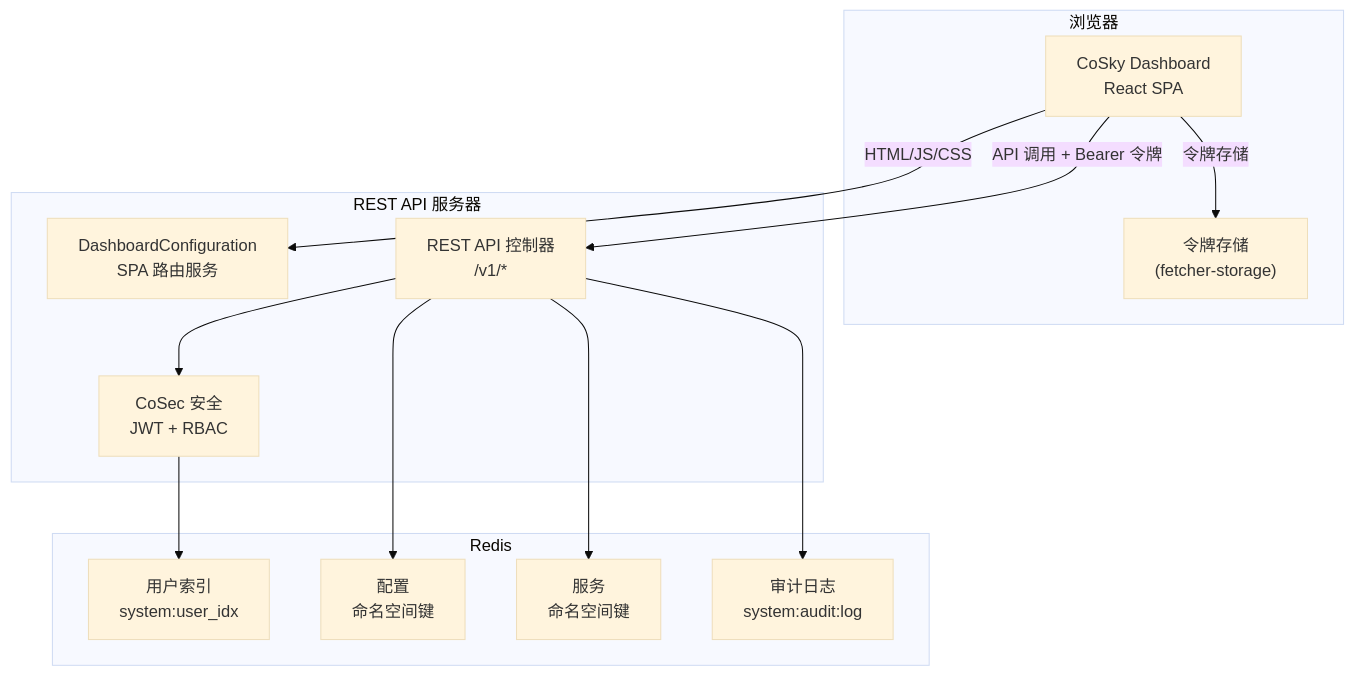
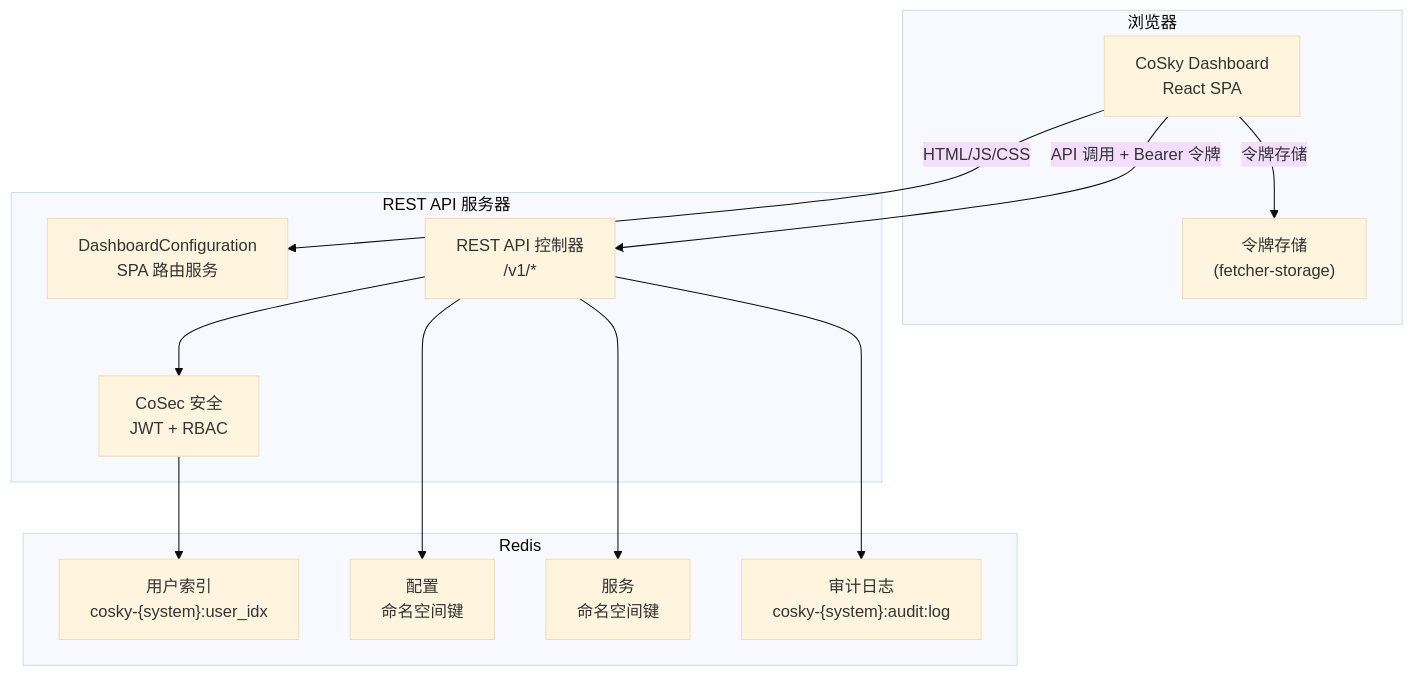
One commit to Ahoo-Wang/CoSky changed the first of 3 diagrams in wiki/zh/guide/dashboard.md. Above: the diagram before and after it, drawn with Mermaid (base theme). The commit also changed other lines of this file and 36 other files, not shown here.

````diff
--- a/wiki/zh/guide/dashboard.md
+++ b/wiki/zh/guide/dashboard.md
@@ -92,29 +101,29 @@
 ```mermaid
 flowchart TD
     subgraph "浏览器"
         SPA["CoSky Dashboard<br>React SPA"]
         TokenStore["令牌存储<br>(fetcher-storage)"]
     end
 
     subgraph "REST API 服务器"
         DashboardConfig["DashboardConfiguration<br>SPA 路由服务"]
         API["REST API 控制器<br>/v1/*"]
         Security["CoSec 安全<br>JWT + RBAC"]
     end
 
     subgraph "Redis"
-        UserRedis["用户索引<br>system:user_idx"]
+        UserRedis["用户索引<br>cosky-{system}:user_idx"]
         ConfigRedis["配置<br>命名空间键"]
         ServiceRedis["服务<br>命名空间键"]
-        AuditRedis["审计日志<br>system:audit:log"]
+        AuditRedis["审计日志<br>cosky-{system}:audit:log"]
     end
 
     SPA -->|"HTML/JS/CSS"| DashboardConfig
     SPA -->|"API 调用 + Bearer 令牌"| API
     SPA -->|"令牌存储"| TokenStore
     API --> Security
     Security --> UserRedis
     API --> ConfigRedis
     API --> ServiceRedis
     API --> AuditRedis
 ```
````
